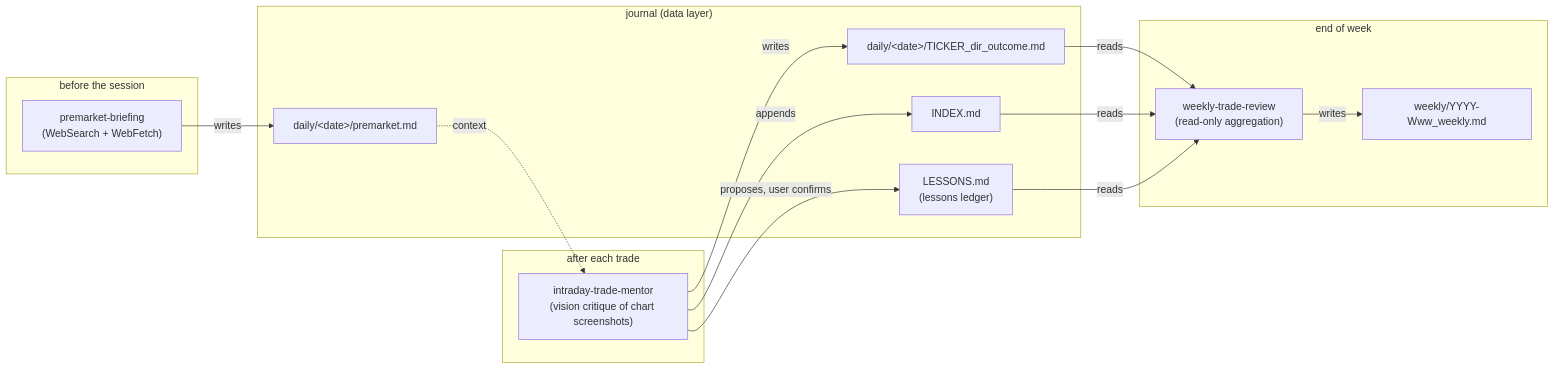
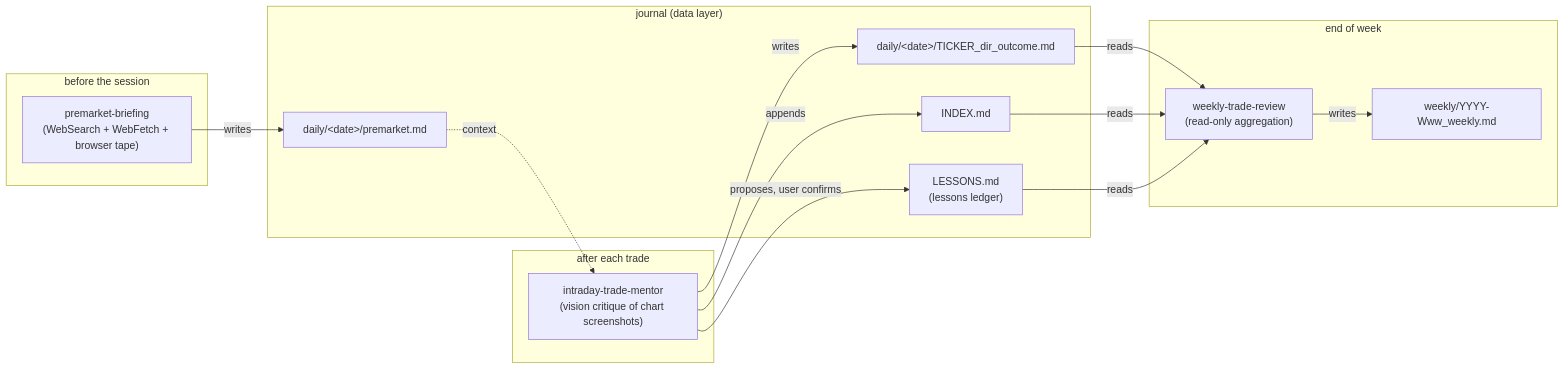
Before and after one commit to solidx86/intraday-trade: the diagram in README.md, drawn with Mermaid. The commit also changed other lines of this file and 12 other files, not shown here.

````diff
--- a/README.md
+++ b/README.md
@@ -11,28 +11,28 @@
 ```mermaid
 flowchart LR
     subgraph "before the session"
-        PB["premarket-briefing\n(WebSearch + WebFetch)"]
+        PB["premarket-briefing\n(WebSearch + WebFetch + browser tape)"]
     end
     subgraph "after each trade"
         TM["intraday-trade-mentor\n(vision critique of chart screenshots)"]
     end
     subgraph "journal (data layer)"
         PM["daily/&lt;date&gt;/premarket.md"]
         TJ["daily/&lt;date&gt;/TICKER_dir_outcome.md"]
         IX["INDEX.md"]
         LL["LESSONS.md\n(lessons ledger)"]
     end
     subgraph "end of week"
         WR["weekly-trade-review\n(read-only aggregation)"]
         WK["weekly/YYYY-Www_weekly.md"]
     end
     PB -->|writes| PM
     TM -->|writes| TJ
     TM -->|appends| IX
     TM -->|proposes, user confirms| LL
     PM -.->|context| TM
     TJ -->|reads| WR
     IX -->|reads| WR
     LL -->|reads| WR
     WR -->|writes| WK
 ```
````
